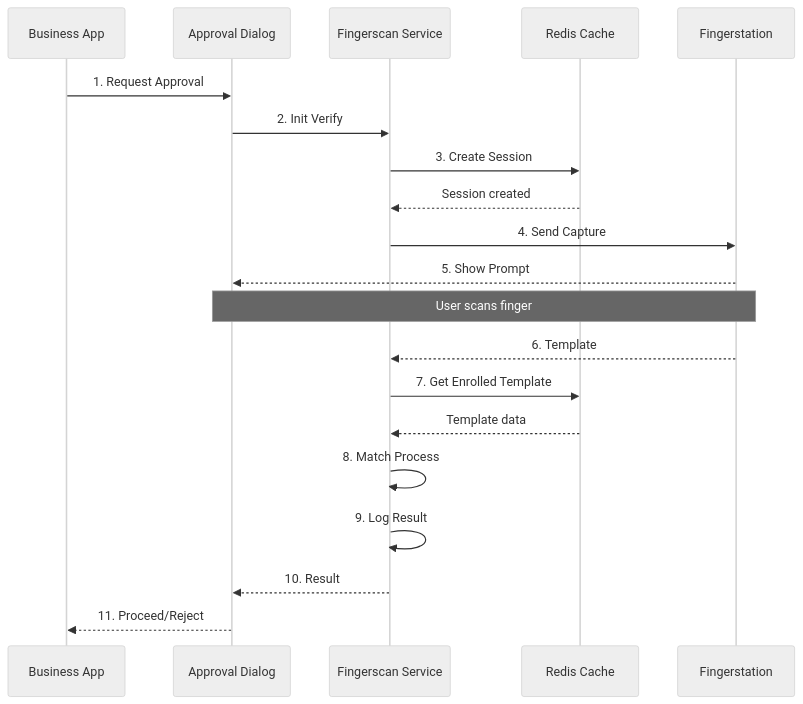
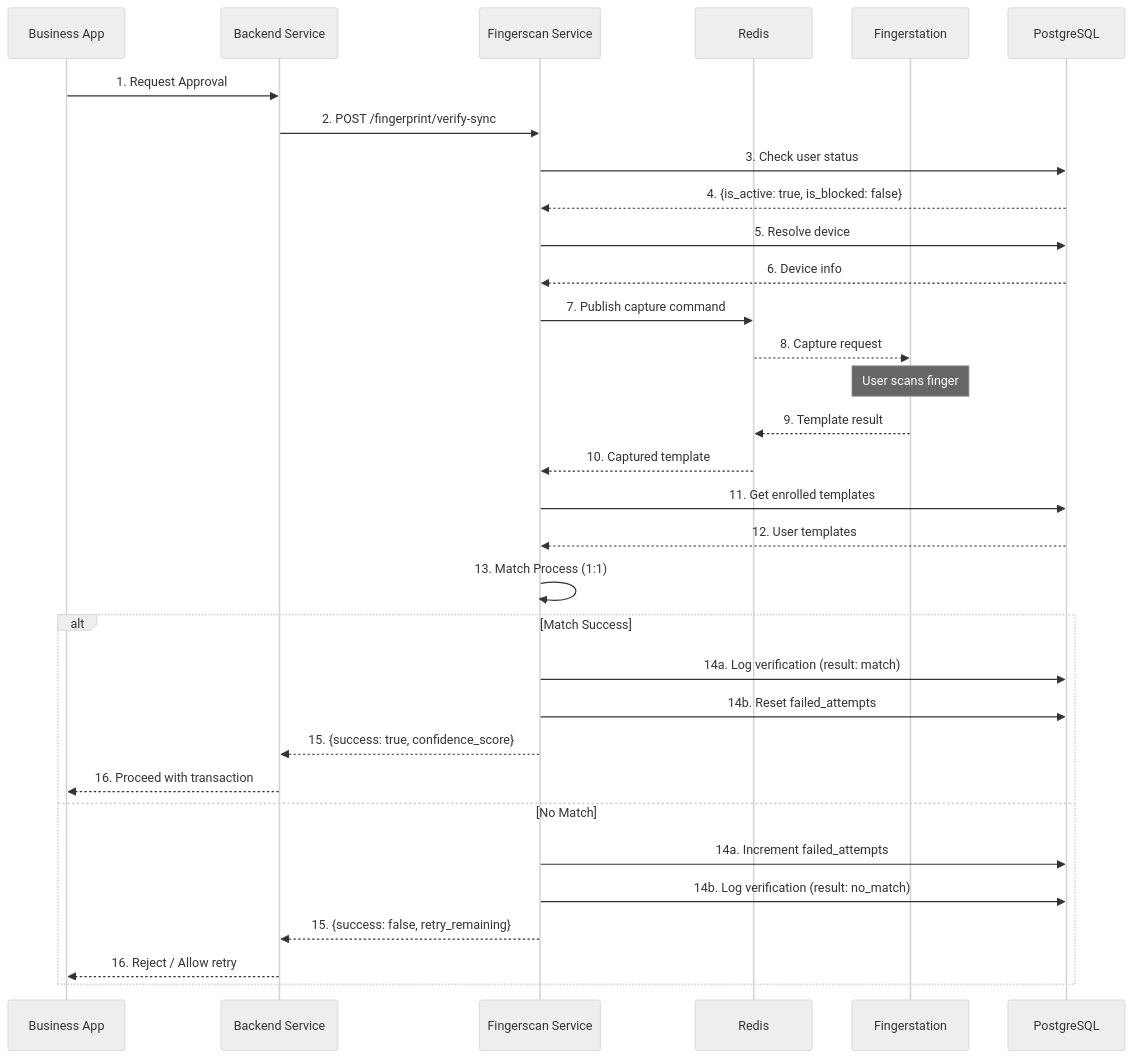
One commit to wisnu/ibank-docs changed the eighth of 19 diagrams in docs/Fingerscan/FSD_Fingerscan_Biometrik.md. Above: the diagram before and after it, drawn with Mermaid (neutral theme). The commit also changed other lines of this file, not shown here.

Commit message:
feat:  Update Fingerscan documentation from app repo

````diff
--- a/docs/Fingerscan/FSD_Fingerscan_Biometrik.md
+++ b/docs/Fingerscan/FSD_Fingerscan_Biometrik.md
@@ -724,28 +743,42 @@
 ```mermaid
 sequenceDiagram
     participant App as Business App
-    participant Dialog as Approval Dialog
+    participant Backend as Backend Service
     participant Service as Fingerscan Service
-    participant Cache as Redis Cache
+    participant Redis
     participant Station as Fingerstation
-    
-    App->>Dialog: 1. Request Approval
-    Dialog->>Service: 2. Init Verify
-    Service->>Cache: 3. Create Session
-    Cache-->>Service: Session created
-    
-    Service->>Station: 4. Send Capture
-    Station-->>Dialog: 5. Show Prompt
-    
-    Note over Dialog,Station: User scans finger
-    
-    Station-->>Service: 6. Template
-    Service->>Cache: 7. Get Enrolled Template
-    Cache-->>Service: Template data
-    
-    Service->>Service: 8. Match Process
-    Service->>Service: 9. Log Result
-    
-    Service-->>Dialog: 10. Result
-    Dialog-->>App: 11. Proceed/Reject
+    participant DB as PostgreSQL
+
+    App->>Backend: 1. Request Approval
+    Backend->>Service: 2. POST /fingerprint/verify-sync
+
+    Service->>DB: 3. Check user status
+    DB-->>Service: 4. {is_active: true, is_blocked: false}
+
+    Service->>DB: 5. Resolve device
+    DB-->>Service: 6. Device info
+
+    Service->>Redis: 7. Publish capture command
+    Redis-->>Station: 8. Capture request
+
+    Note over Station: User scans finger
+
+    Station-->>Redis: 9. Template result
+    Redis-->>Service: 10. Captured template
+
+    Service->>DB: 11. Get enrolled templates
+    DB-->>Service: 12. User templates
+    Service->>Service: 13. Match Process (1:1)
+
+    alt Match Success
+        Service->>DB: 14a. Log verification (result: match)
+        Service->>DB: 14b. Reset failed_attempts
+        Service-->>Backend: 15. {success: true, confidence_score}
+        Backend-->>App: 16. Proceed with transaction
+    else No Match
+        Service->>DB: 14a. Increment failed_attempts
+        Service->>DB: 14b. Log verification (result: no_match)
+        Service-->>Backend: 15. {success: false, retry_remaining}
+        Backend-->>App: 16. Reject / Allow retry
+    end
 ```
````
